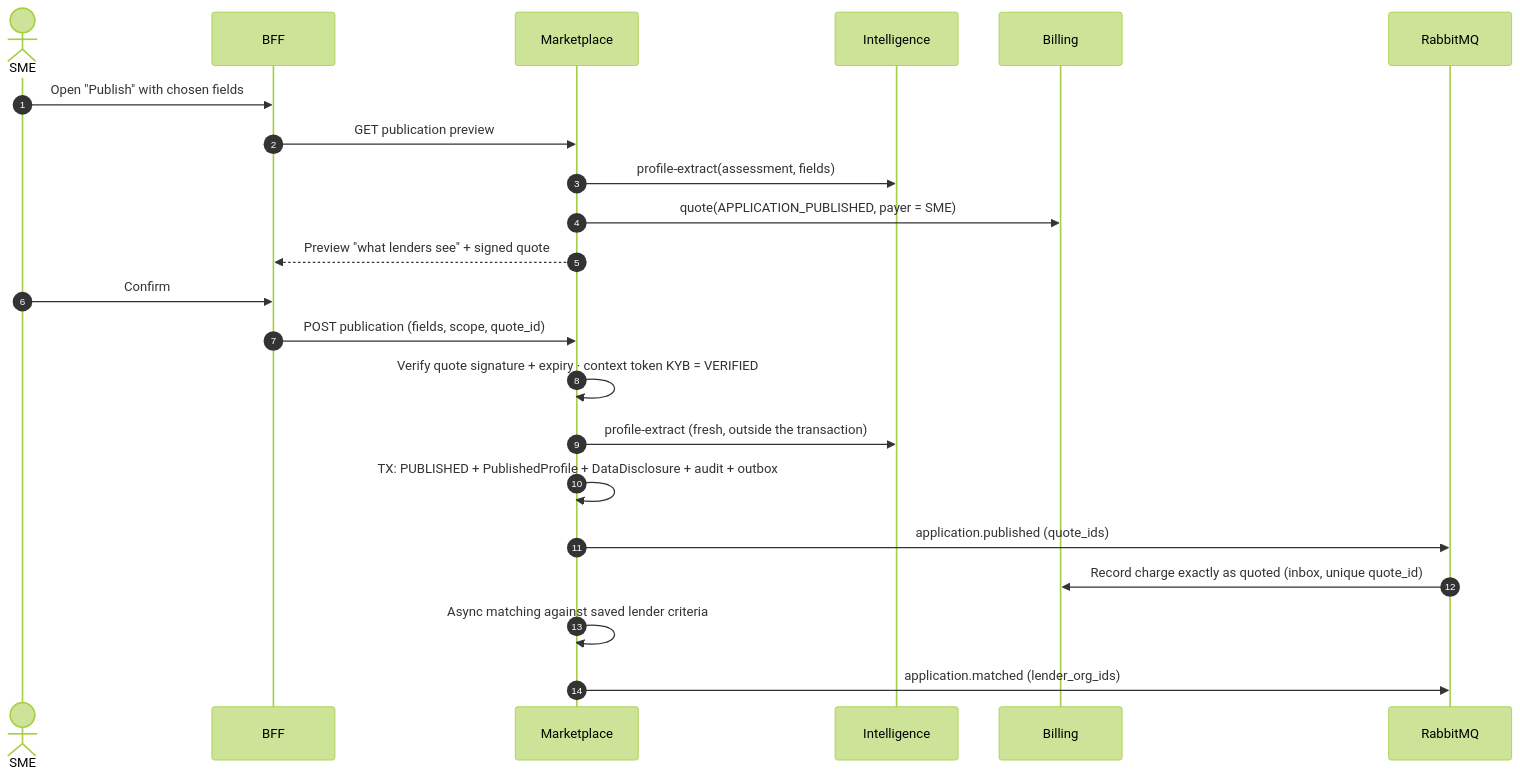
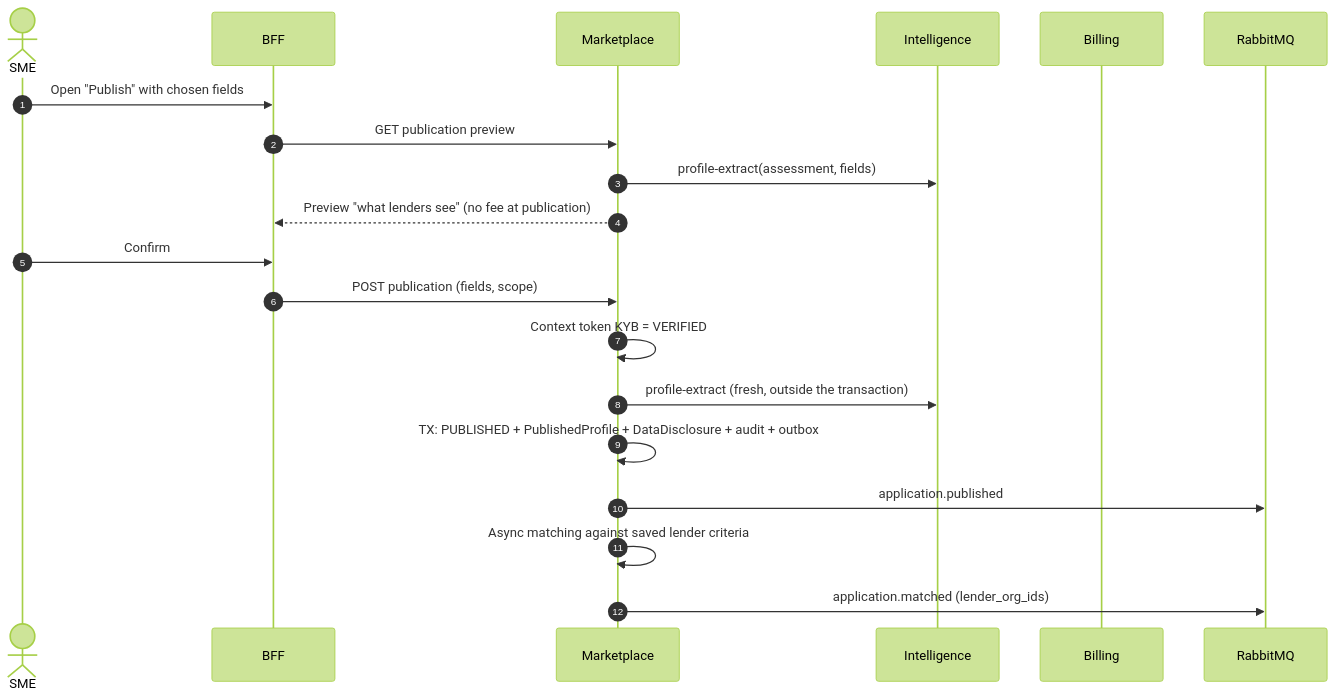
The third of 4 diagrams in docs/architecture/06-runtime-and-integration.md (VanvikTOR03/credsort), drawn with Mermaid (forest theme) before and after one commit. The commit also changed other lines of this file and 243 other files, not shown here.

````diff
--- a/docs/architecture/06-runtime-and-integration.md
+++ b/docs/architecture/06-runtime-and-integration.md
@@ -136,24 +139,22 @@
 ```mermaid
 sequenceDiagram
   autonumber
   actor SME
   participant BFF as BFF
   participant MKT as Marketplace
   participant FI as Intelligence
   participant BIL as Billing
   participant MQ as RabbitMQ
   SME->>BFF: Open "Publish" with chosen fields
   BFF->>MKT: GET publication preview
   MKT->>FI: profile-extract(assessment, fields)
-  MKT->>BIL: quote(APPLICATION_PUBLISHED, payer = SME)
-  MKT-->>BFF: Preview "what lenders see" + signed quote
+  MKT-->>BFF: Preview "what lenders see" (no fee at publication)
   SME->>BFF: Confirm
-  BFF->>MKT: POST publication (fields, scope, quote_id)
-  MKT->>MKT: Verify quote signature + expiry · context token KYB = VERIFIED
+  BFF->>MKT: POST publication (fields, scope)
+  MKT->>MKT: Context token KYB = VERIFIED
   MKT->>FI: profile-extract (fresh, outside the transaction)
   MKT->>MKT: TX: PUBLISHED + PublishedProfile + DataDisclosure + audit + outbox
-  MKT->>MQ: application.published (quote_ids)
-  MQ->>BIL: Record charge exactly as quoted (inbox, unique quote_id)
+  MKT->>MQ: application.published
   MKT->>MKT: Async matching against saved lender criteria
   MKT->>MQ: application.matched (lender_org_ids)
 ```
````
